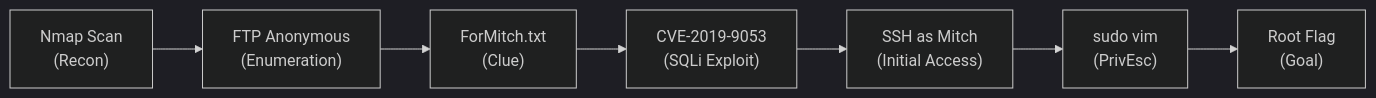
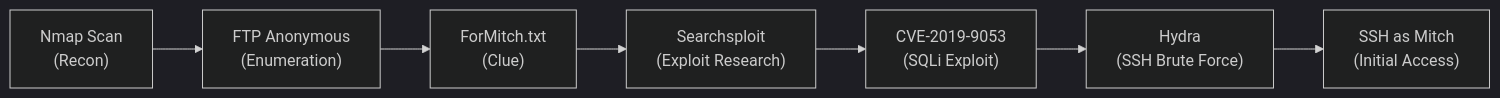
Before and after one commit to Dimm377/CyberSec-Learning-Notes: the first of 2 diagrams in THM-Notes/Challenge-room/SimpleCTF-Writeups.md, drawn with Mermaid (dark theme). The commit also changed other lines of this file and 3 other files, not shown here.

````diff
--- a/THM-Notes/Challenge-room/SimpleCTF-Writeups.md
+++ b/THM-Notes/Challenge-room/SimpleCTF-Writeups.md
@@ -236,9 +285,9 @@
 ```mermaid
 graph LR
     A["Nmap Scan\n(Recon)"] --> B["FTP Anonymous\n(Enumeration)"]
     B --> C["ForMitch.txt\n(Clue)"]
-    C --> D["CVE-2019-9053\n(SQLi Exploit)"]
-    D --> E["SSH as Mitch\n(Initial Access)"]
-    E --> F["sudo vim\n(PrivEsc)"]
-    F --> G["Root Flag\n(Goal)"]
+    C --> D["Searchsploit\n(Exploit Research)"]
+    D --> E["CVE-2019-9053\n(SQLi Exploit)"]
+    E --> F["Hydra\n(SSH Brute Force)"]
+    F --> G["SSH as Mitch\n(Initial Access)"]
 ```
````
